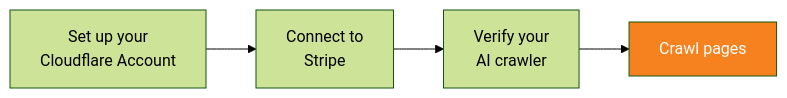
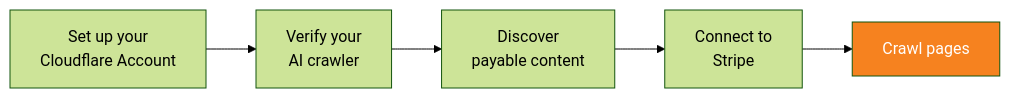
One commit to rdhanarot/cloudflare-docs changed the diagram in src/content/docs/ai-crawl-control/features/pay-per-crawl/use-pay-per-crawl-as-ai-owner/crawl-pages.mdx. Above: the diagram before and after it, drawn with Mermaid (forest theme). The commit also changed other lines of this file and 10 other files, not shown here.

````diff
--- a/src/content/docs/ai-crawl-control/features/pay-per-crawl/use-pay-per-crawl-as-ai-owner/crawl-pages.mdx
+++ b/src/content/docs/ai-crawl-control/features/pay-per-crawl/use-pay-per-crawl-as-ai-owner/crawl-pages.mdx
@@ -10,7 +10,8 @@
 ```mermaid
 graph LR
-A[Set up your<br>Cloudflare Account] --> B[Connect to<br>Stripe]
-B --> C[Verify your<br>AI crawler]
-C --> D[Crawl pages]:::highlight
+A[Set up your<br>Cloudflare Account] --> B[Verify your<br>AI crawler]
+B --> C[Discover<br>payable content]
+C --> D[Connect to<br>Stripe]
+D --> E[Crawl pages]:::highlight
 classDef highlight fill:#F6821F,color:white
 ```
````
